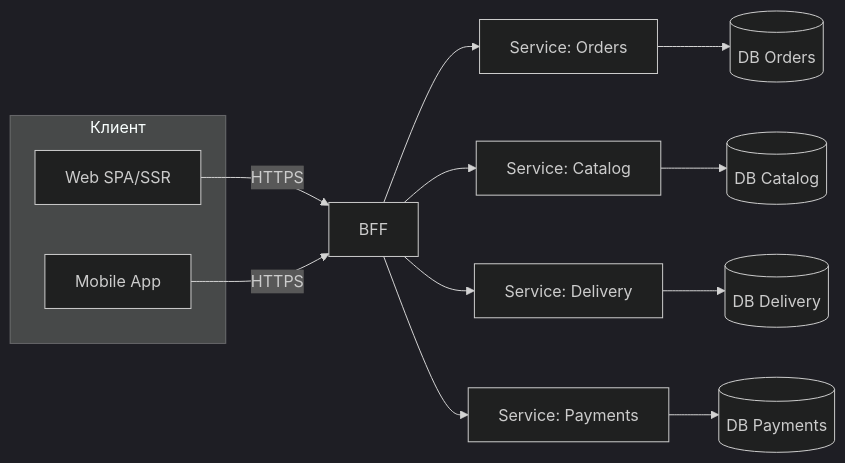
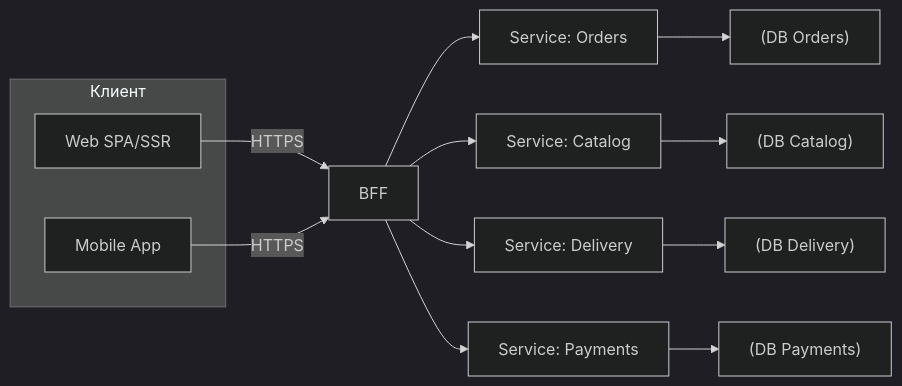
Before and after one commit to DDoSKudya/ai-study-atlas: the first of 3 diagrams in directions/architecture/pact/30_svyazka_frontend_backend_bff_kontrakty_autentifikaciya/01_30_1_bff_backend_for_frontend.md, drawn with Mermaid (dark theme). The commit also changed other lines of this file and 322 other files, not shown here.

Commit message:
fix(docs): make mermaid diagrams GitHub-compatible across directions content

````diff
--- a/directions/architecture/pact/30_svyazka_frontend_backend_bff_kontrakty_autentifikaciya/01_30_1_bff_backend_for_frontend.md
+++ b/directions/architecture/pact/30_svyazka_frontend_backend_bff_kontrakty_autentifikaciya/01_30_1_bff_backend_for_frontend.md
@@ -81,20 +81,20 @@
 ```mermaid
 flowchart LR
-  subgraph Client[Клиент]
-    W[Web SPA/SSR]
-    M[Mobile App]
+  subgraph Client["Клиент"]
+    W["Web SPA/SSR"]
+    M["Mobile App"]
   end
 
-  W -->|HTTPS| BFF[BFF]
+  W -->|HTTPS| BFF["BFF"]
   M -->|HTTPS| BFF
 
-  BFF --> S1[Service: Orders]
-  BFF --> S2[Service: Catalog]
-  BFF --> S3[Service: Delivery]
-  BFF --> S4[Service: Payments]
+  BFF --> S1["Service: Orders"]
+  BFF --> S2["Service: Catalog"]
+  BFF --> S3["Service: Delivery"]
+  BFF --> S4["Service: Payments"]
 
-  S1 --> DB1[(DB Orders)]
-  S2 --> DB2[(DB Catalog)]
-  S3 --> DB3[(DB Delivery)]
-  S4 --> DB4[(DB Payments)]
+  S1 --> DB1["(DB Orders)"]
+  S2 --> DB2["(DB Catalog)"]
+  S3 --> DB3["(DB Delivery)"]
+  S4 --> DB4["(DB Payments)"]
 ```
````
